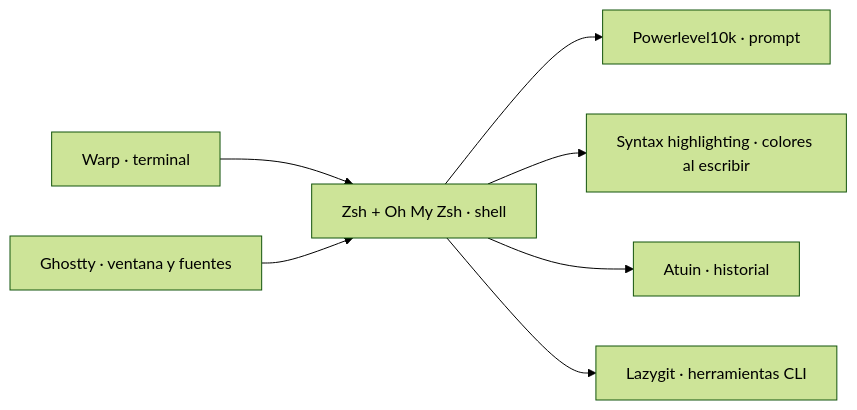
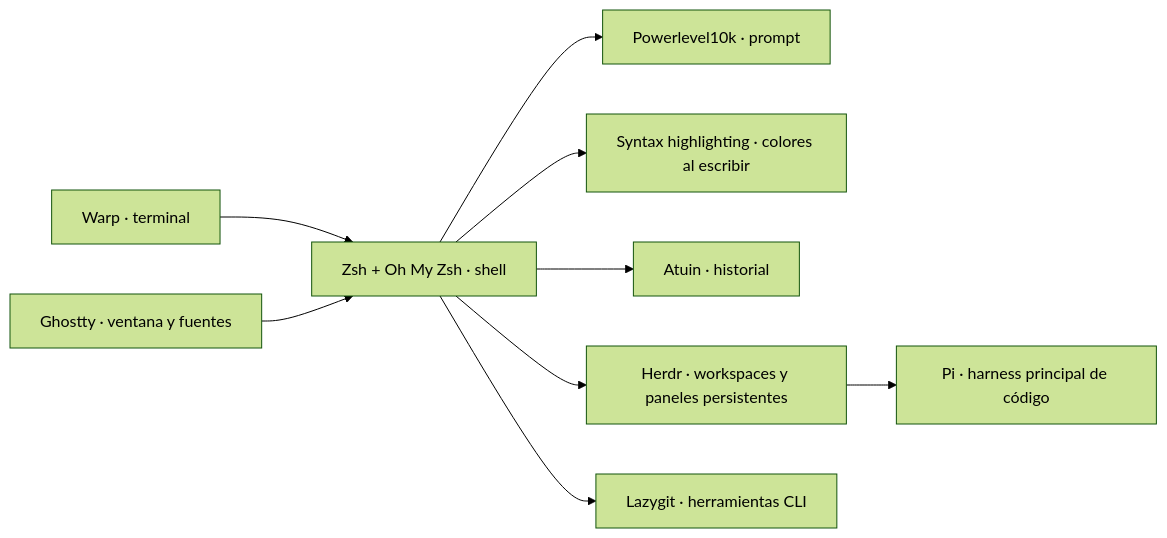
The diagram in README.md (rtovardev/dotfiles), drawn with Mermaid (forest theme) before and after one commit. The commit also changed other lines of this file and 9 other files, not shown here.

````diff
--- a/README.md
+++ b/README.md
@@ -11,9 +13,11 @@
 ```mermaid
 flowchart LR
   Warp[Warp · terminal] --> Zsh[Zsh + Oh My Zsh · shell]
   Ghostty[Ghostty · ventana y fuentes] --> Zsh
   Zsh --> P10k[Powerlevel10k · prompt]
   Zsh --> Highlight[Syntax highlighting · colores al escribir]
   Zsh --> Atuin[Atuin · historial]
+  Zsh --> Herdr[Herdr · workspaces y paneles persistentes]
+  Herdr --> Pi[Pi · harness principal de código]
   Zsh --> Tools[Lazygit · herramientas CLI]
 ```
````
